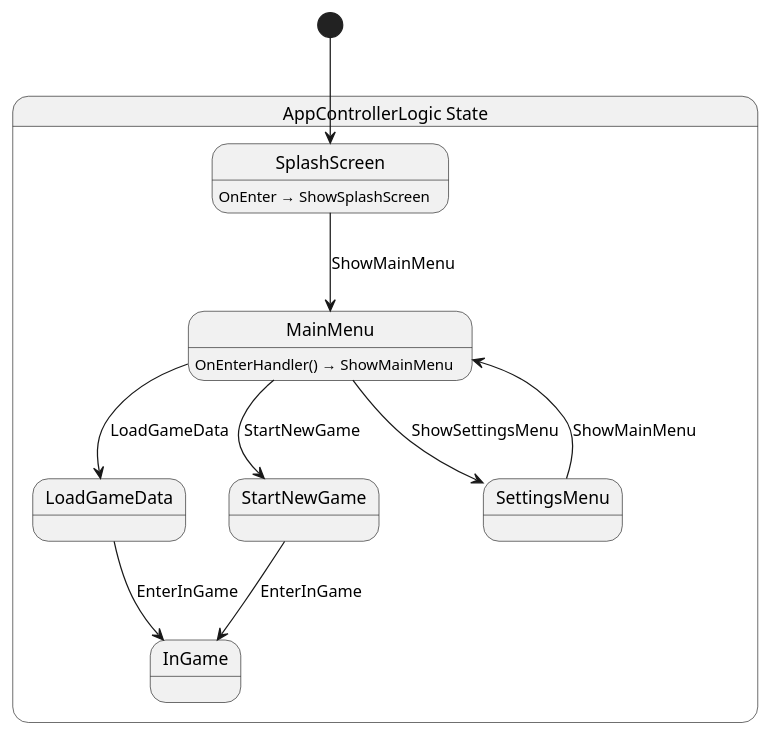
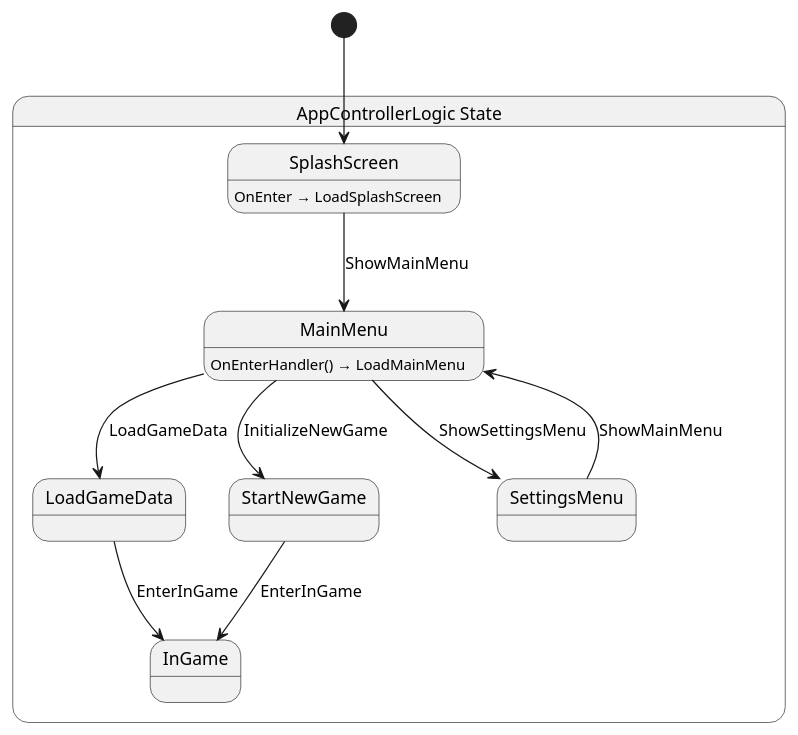
Before and after one commit to zheladev/ADHDGame: the diagram in src/scenes/app_controller/logic/AppControllerLogic.g.puml, drawn with PlantUML. The commit also changed 14 other files, not shown here.

```diff
--- a/src/scenes/app_controller/logic/AppControllerLogic.g.puml
+++ b/src/scenes/app_controller/logic/AppControllerLogic.g.puml
@@ -1,23 +1,23 @@
 @startuml AppControllerLogic
 state "AppControllerLogic State" as ADHDGame_Scenes_AppController_AppControllerLogic_State {
   state "InGame" as ADHDGame_Scenes_AppController_AppControllerLogic_State_InGame
   state "LoadGameData" as ADHDGame_Scenes_AppController_AppControllerLogic_State_LoadGameData
   state "MainMenu" as ADHDGame_Scenes_AppController_AppControllerLogic_State_MainMenu
   state "SettingsMenu" as ADHDGame_Scenes_AppController_AppControllerLogic_State_SettingsMenu
   state "SplashScreen" as ADHDGame_Scenes_AppController_AppControllerLogic_State_SplashScreen
   state "StartNewGame" as ADHDGame_Scenes_AppController_AppControllerLogic_State_StartNewGame
 }
 
 ADHDGame_Scenes_AppController_AppControllerLogic_State_LoadGameData --> ADHDGame_Scenes_AppController_AppControllerLogic_State_InGame : EnterInGame
 ADHDGame_Scenes_AppController_AppControllerLogic_State_MainMenu --> ADHDGame_Scenes_AppController_AppControllerLogic_State_LoadGameData : LoadGameData
 ADHDGame_Scenes_AppController_AppControllerLogic_State_MainMenu --> ADHDGame_Scenes_AppController_AppControllerLogic_State_SettingsMenu : ShowSettingsMenu
-ADHDGame_Scenes_AppController_AppControllerLogic_State_MainMenu --> ADHDGame_Scenes_AppController_AppControllerLogic_State_StartNewGame : StartNewGame
+ADHDGame_Scenes_AppController_AppControllerLogic_State_MainMenu --> ADHDGame_Scenes_AppController_AppControllerLogic_State_StartNewGame : InitializeNewGame
 ADHDGame_Scenes_AppController_AppControllerLogic_State_SettingsMenu --> ADHDGame_Scenes_AppController_AppControllerLogic_State_MainMenu : ShowMainMenu
 ADHDGame_Scenes_AppController_AppControllerLogic_State_SplashScreen --> ADHDGame_Scenes_AppController_AppControllerLogic_State_MainMenu : ShowMainMenu
 ADHDGame_Scenes_AppController_AppControllerLogic_State_StartNewGame --> ADHDGame_Scenes_AppController_AppControllerLogic_State_InGame : EnterInGame
 
-ADHDGame_Scenes_AppController_AppControllerLogic_State_MainMenu : OnEnterHandler() → ShowMainMenu
-ADHDGame_Scenes_AppController_AppControllerLogic_State_SplashScreen : OnEnter → ShowSplashScreen
+ADHDGame_Scenes_AppController_AppControllerLogic_State_MainMenu : OnEnterHandler() → LoadMainMenu
+ADHDGame_Scenes_AppController_AppControllerLogic_State_SplashScreen : OnEnter → LoadSplashScreen
 
 [*] --> ADHDGame_Scenes_AppController_AppControllerLogic_State_SplashScreen
 @enduml
```
